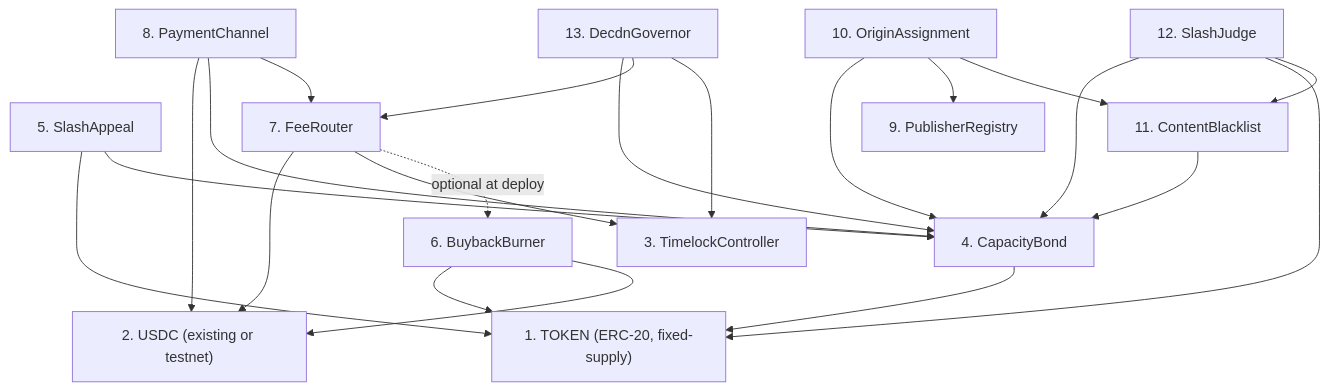
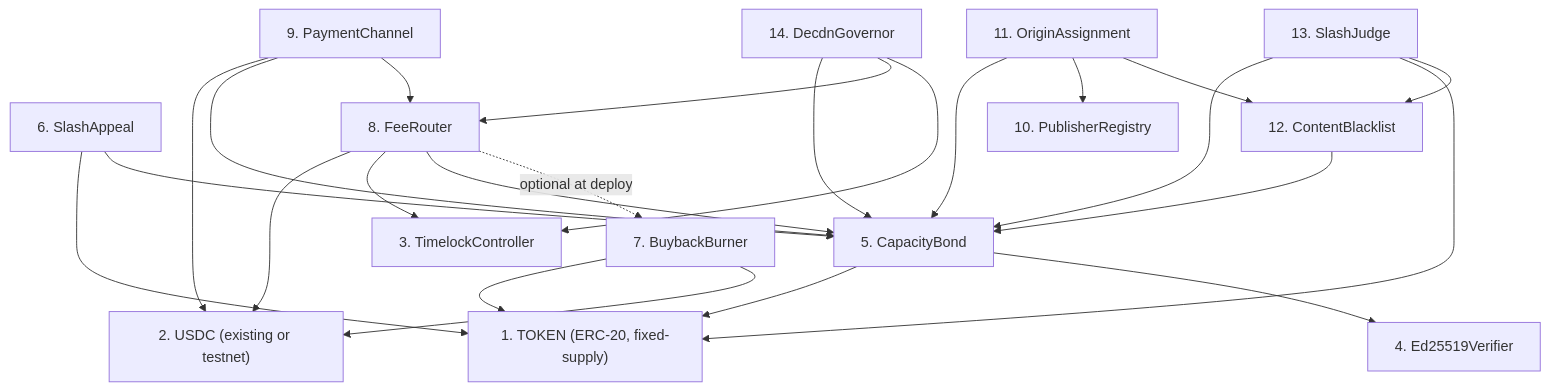
Before and after one commit to decdn/decdn: the second of 5 diagrams in adr/016-contract-interactions.md, drawn with Mermaid. The commit also changed other lines of this file, not shown here.

````diff
--- a/adr/016-contract-interactions.md
+++ b/adr/016-contract-interactions.md
@@ -243,38 +255,41 @@
 ```mermaid
 graph TD
     TOKEN["1. TOKEN (ERC-20, fixed-supply)"]
     USDC["2. USDC (existing or testnet)"]
     TL["3. TimelockController"]
-    CBOND["4. CapacityBond"]
-    SA["5. SlashAppeal"]
-    BB["6. BuybackBurner"]
-    FR["7. FeeRouter"]
-    SPC["8. PaymentChannel"]
-    PR["9. PublisherRegistry"]
-    OA["10. OriginAssignment"]
-    CB["11. ContentBlacklist"]
-    SJ["12. SlashJudge"]
-    GOV["13. DecdnGovernor"]
+    ED["4. Ed25519Verifier"]
+    CBOND["5. CapacityBond"]
+    SA["6. SlashAppeal"]
+    BB["7. BuybackBurner"]
+    FR["8. FeeRouter"]
+    SPC["9. PaymentChannel"]
+    PR["10. PublisherRegistry"]
+    OA["11. OriginAssignment"]
+    CB["12. ContentBlacklist"]
+    SJ["13. SlashJudge"]
+    GOV["14. DecdnGovernor"]
 
     CBOND --> TOKEN
+    CBOND --> ED
     SA --> TOKEN
     SA --> CBOND
     BB --> TOKEN
     BB --> USDC
     FR --> USDC
     FR --> TL
+    FR --> CBOND
     FR -.->|"optional at deploy"| BB
     SPC --> USDC
     SPC --> CBOND
     SPC --> FR
     OA --> CBOND
     OA --> PR
     OA --> CB
     CB --> CBOND
     SJ --> CBOND
     SJ --> TOKEN
     SJ --> CB
     GOV --> CBOND
     GOV --> FR
     GOV --> TL
 ```
````
